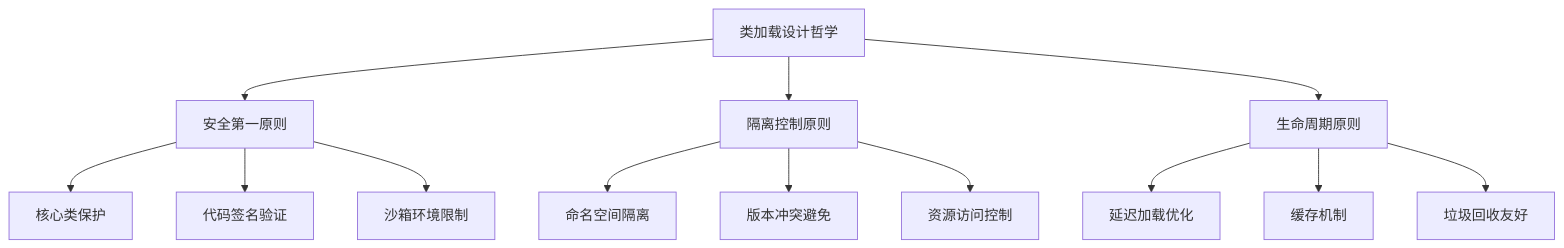
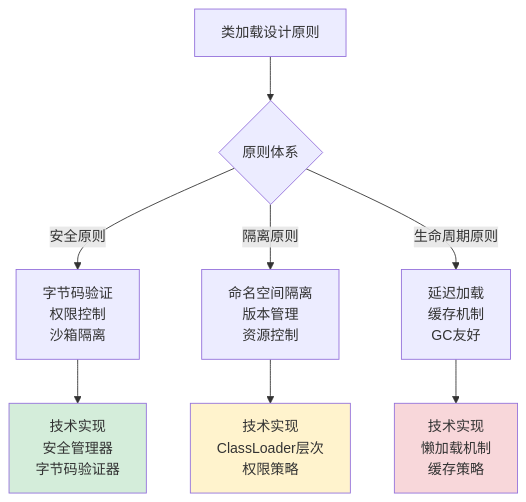
Before and after one commit to chongyang211/YCBookBlog: the sixth of 30 diagrams in 00.通用技术的提升/02.程序编程原理/07.类的加载核心原理.md, drawn with Mermaid. The commit also changed other lines of this file and 5 other files, not shown here.

````diff
--- a/00.通用技术的提升/02.程序编程原理/07.类的加载核心原理.md
+++ b/00.通用技术的提升/02.程序编程原理/07.类的加载核心原理.md
@@ -184,18 +276,15 @@
 ```mermaid
-flowchart TD
-    A[类加载设计哲学] --> B[安全第一原则]
-    A --> C[隔离控制原则]
-    A --> D[生命周期原则]
+graph TB
+    A[类加载设计原则] --> B{原则体系}
+    B -->|安全原则| C[字节码验证<br/>权限控制<br/>沙箱隔离]
+    B -->|隔离原则| D[命名空间隔离<br/>版本管理<br/>资源控制]
+    B -->|生命周期原则| E[延迟加载<br/>缓存机制<br/>GC友好]
     
-    B --> B1[核心类保护]
-    B --> B2[代码签名验证]
-    B --> B3[沙箱环境限制]
+    C --> C1[技术实现<br/>安全管理器<br/>字节码验证器]
+    D --> D1[技术实现<br/>ClassLoader层次<br/>权限策略]
+    E --> E1[技术实现<br/>懒加载机制<br/>缓存策略]
     
-    C --> C1[命名空间隔离]
-    C --> C2[版本冲突避免]
-    C --> C3[资源访问控制]
-    
-    D --> D1[延迟加载优化]
-    D --> D2[缓存机制]
-    D --> D3[垃圾回收友好]
+    style C1 fill:#d4edda
+    style D1 fill:#fff3cd
+    style E1 fill:#f8d7da
 ```
````
